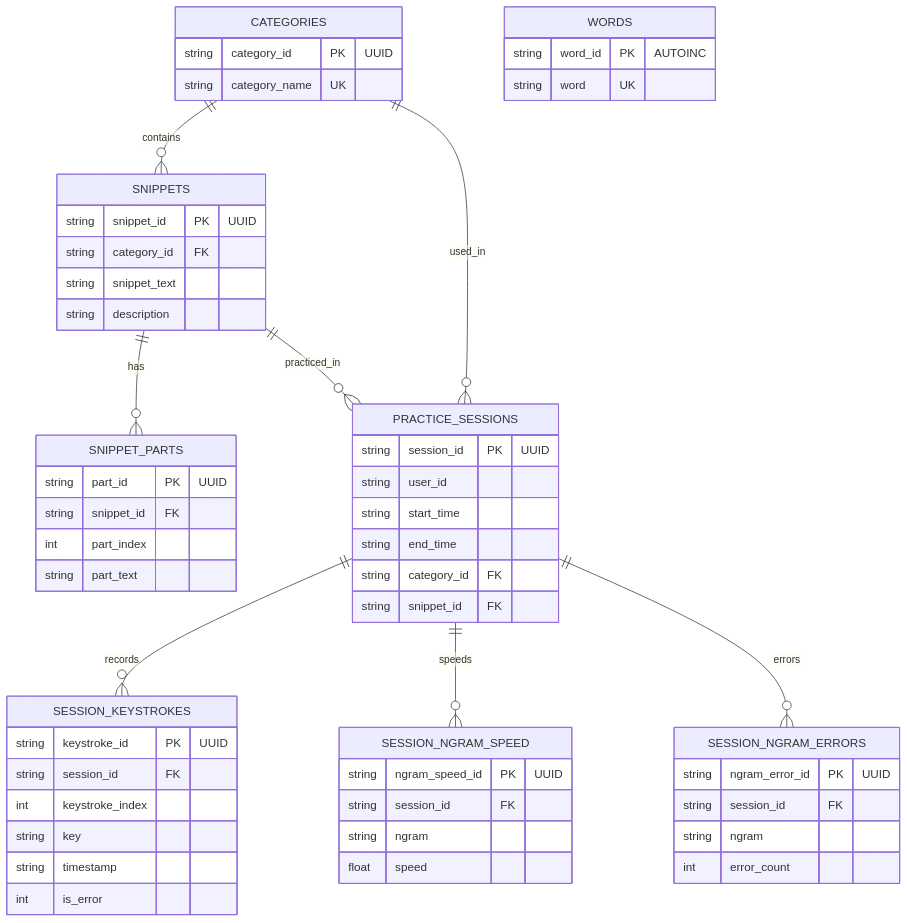
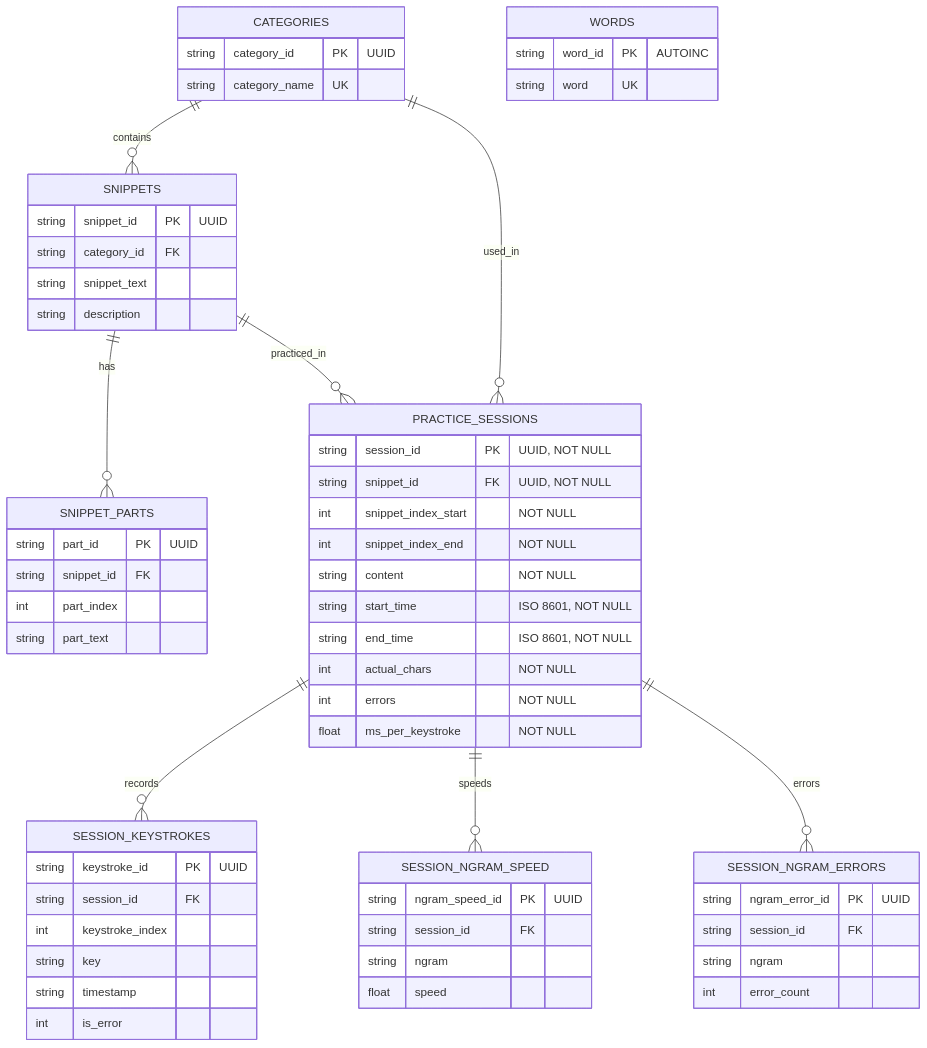
Before and after one commit to SeanAdams10/AITypingTrainer: the second of 2 diagrams in Prompts/DatabaseManager.md, drawn with Mermaid. The commit also changed 13 other files, not shown here.

Commit message:
Saving Session now working - saving keystrokes is not working yet, and the status screen has stopped showing

````diff
--- a/Prompts/DatabaseManager.md
+++ b/Prompts/DatabaseManager.md
@@ -78,59 +78,63 @@
 ```mermaid
 erDiagram
     CATEGORIES {
         string category_id PK "UUID"
         string category_name UK
     }
     SNIPPETS {
         string snippet_id PK "UUID"
         string category_id FK
         string snippet_text
         string description
     }
     SNIPPET_PARTS {
         string part_id PK "UUID"
         string snippet_id FK
         int part_index
         string part_text
     }
     WORDS {
         string word_id PK "AUTOINC"
         string word UK
     }
     PRACTICE_SESSIONS {
-        string session_id PK "UUID"
-        string user_id
-        string start_time
-        string end_time
-        string category_id FK
-        string snippet_id FK
+        string session_id PK "UUID, NOT NULL"
+        string snippet_id FK "UUID, NOT NULL"
+        int snippet_index_start "NOT NULL"
+        int snippet_index_end "NOT NULL"
+        string content "NOT NULL"
+        string start_time "ISO 8601, NOT NULL"
+        string end_time "ISO 8601, NOT NULL"
+        int actual_chars "NOT NULL"
+        int errors "NOT NULL"
+        float ms_per_keystroke "NOT NULL"
     }
     SESSION_KEYSTROKES {
         string keystroke_id PK "UUID"
         string session_id FK
         int keystroke_index
         string key
         string timestamp
         int is_error
     }
     SESSION_NGRAM_SPEED {
         string ngram_speed_id PK "UUID"
         string session_id FK
         string ngram
         float speed
     }
     SESSION_NGRAM_ERRORS {
         string ngram_error_id PK "UUID"
         string session_id FK
         string ngram
         int error_count
     }
 
     CATEGORIES ||--o{ SNIPPETS : contains
     SNIPPETS ||--o{ SNIPPET_PARTS : has
     CATEGORIES ||--o{ PRACTICE_SESSIONS : used_in
     SNIPPETS ||--o{ PRACTICE_SESSIONS : practiced_in
     PRACTICE_SESSIONS ||--o{ SESSION_KEYSTROKES : records
     PRACTICE_SESSIONS ||--o{ SESSION_NGRAM_SPEED : speeds
     PRACTICE_SESSIONS ||--o{ SESSION_NGRAM_ERRORS : errors
 ```
````
